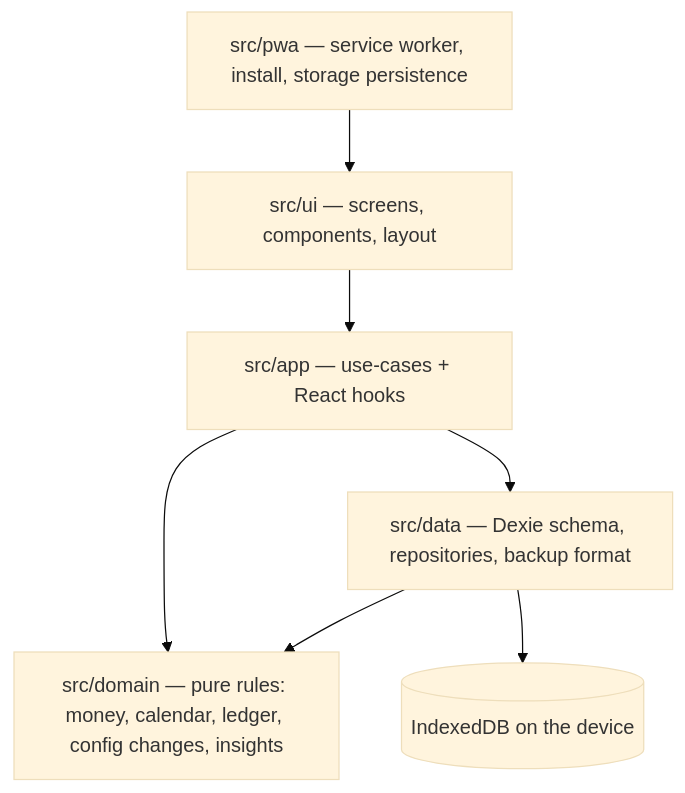
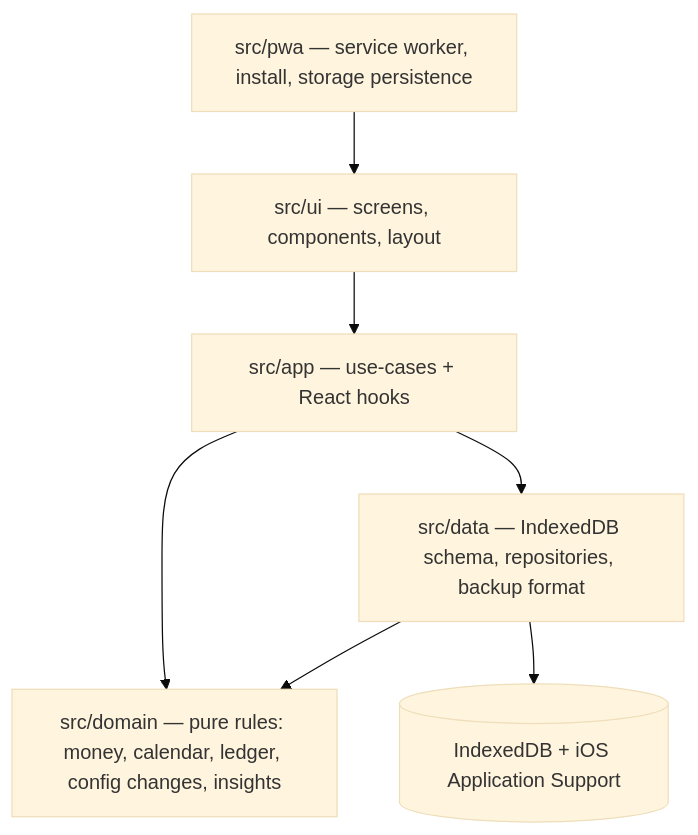
One commit to TandyN/simple-budget-app changed the diagram in docs/architecture.md. Above: the diagram before and after it, drawn with Mermaid (base theme). The commit also changed other lines of this file and 3 other files, not shown here.

First line of the commit message:
docs(db): update architecture.md, README.md and complete T03 plan notes [T03] (agent-generated)

````diff
--- a/docs/architecture.md
+++ b/docs/architecture.md
@@ -42,9 +42,9 @@
 ```mermaid
 flowchart TD
   UI["src/ui — screens, components, layout"] --> APP["src/app — use-cases + React hooks"]
   APP --> DOMAIN["src/domain — pure rules: money, calendar, ledger, config changes, insights"]
-  APP --> DATA["src/data — Dexie schema, repositories, backup format"]
+  APP --> DATA["src/data — IndexedDB schema, repositories, backup format"]
   DATA --> DOMAIN
-  DATA --> IDB[("IndexedDB on the device")]
+  DATA --> IDB[("IndexedDB + iOS Application Support")]
   PWA["src/pwa — service worker, install, storage persistence"] --> UI
 ```
````
